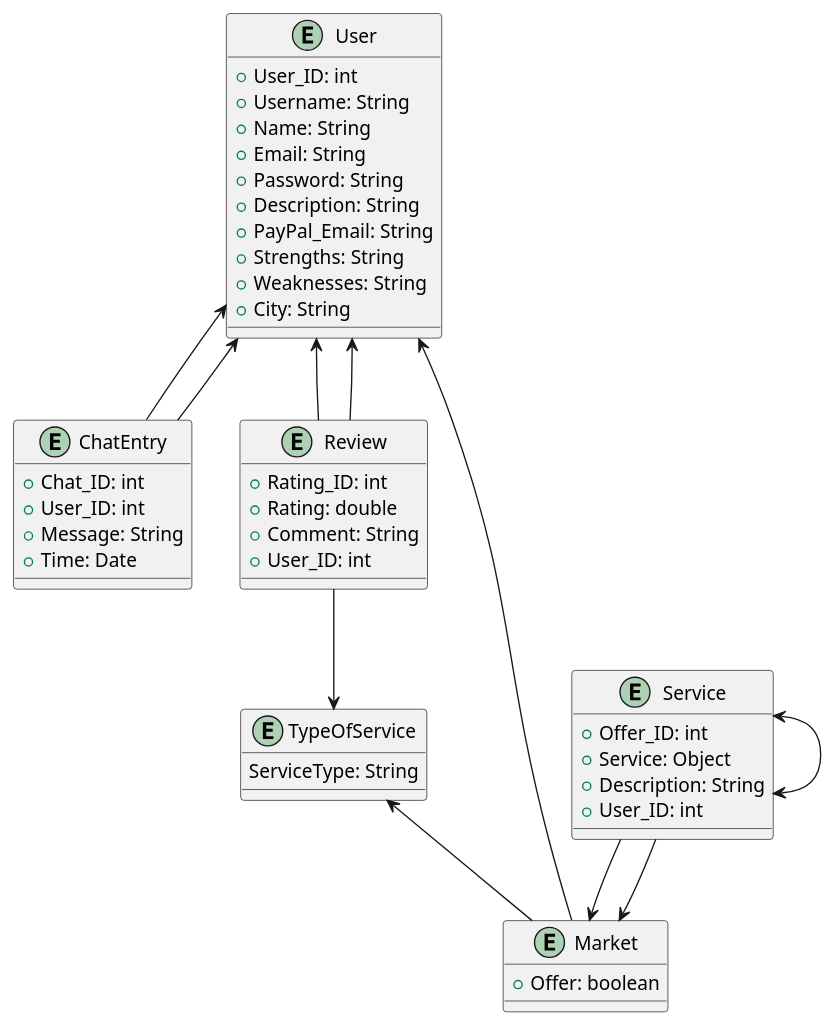
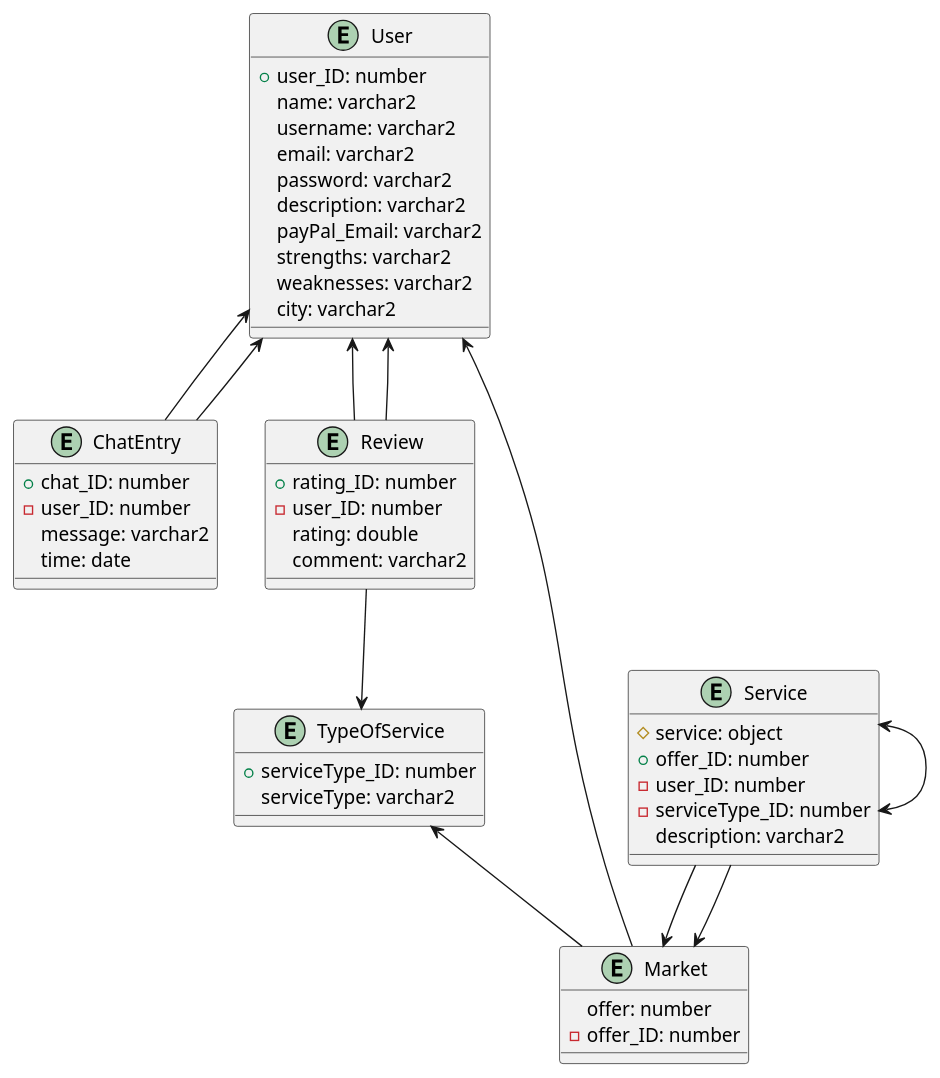
The third of 3 diagrams in documenation/Project_Description.adoc (2425-4chif-syp/01-projekte-d4d), drawn with PlantUML before and after one commit. The commit also changed other lines of this file, not shown here.

Commit message:
docs: Improving the ERD

```diff
--- a/documenation/Project_Description.adoc
+++ b/documenation/Project_Description.adoc
@@ -111,57 +117,60 @@
 ["plantuml"]
 ----
 @startuml
 entity "User" as User {
-+User_ID: int
-+Username: String
-+Name: String
-+Email: String
-+Password: String
-+Description: String
-+PayPal_Email: String
-+Strengths: String
-+Weaknesses: String
-+City: String
++user_ID: number
+name: varchar2
+username: varchar2
+email: varchar2
+password: varchar2
+description: varchar2
+payPal_Email: varchar2
+strengths: varchar2
+weaknesses: varchar2
+city: varchar2
 }
 
 entity "TypeOfService" as TypeOfService {
-ServiceType: String
++serviceType_ID: number
+serviceType: varchar2
 }
 
 entity "Service" as Service {
-+Offer_ID: int
-+Service: Object
-+Description: String
-+User_ID: int
+#service: object
++offer_ID: number
+-user_ID: number
+-serviceType_ID: number
+description: varchar2
 }
 
 entity "Market" as Market {
-+Offer: boolean
+offer: number
+-offer_ID: number
 }
 
 entity "ChatEntry" as ChatEntry {
-+Chat_ID: int
-+User_ID: int
-+Message: String
-+Time: Date
++chat_ID: number
+-user_ID: number
+message: varchar2
+time: date
 }
 
 entity "Review" as Review {
-+Rating_ID: int
-+Rating: double
-+Comment: String
-+User_ID: int
++rating_ID: number
+-user_ID: number
+rating: double
+comment: varchar2
 }
 
 User <-- ChatEntry
 User <-- Review
 User <-- Review
 Review --> TypeOfService
 ChatEntry --> User
 TypeOfService <-- Market
 Service --> Market
 Service --> Market
 Service <--> Service
 Market --> User
 @enduml
 ----
```
